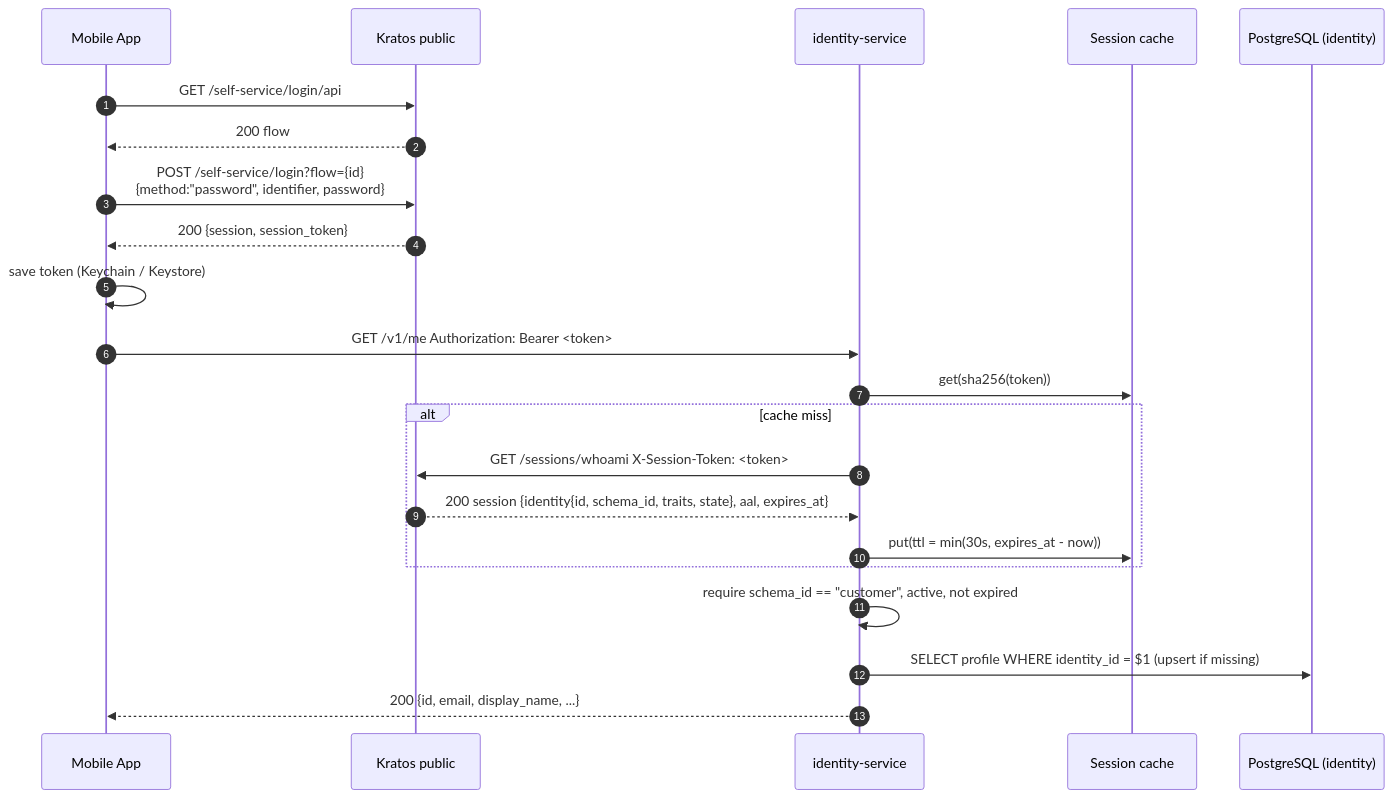
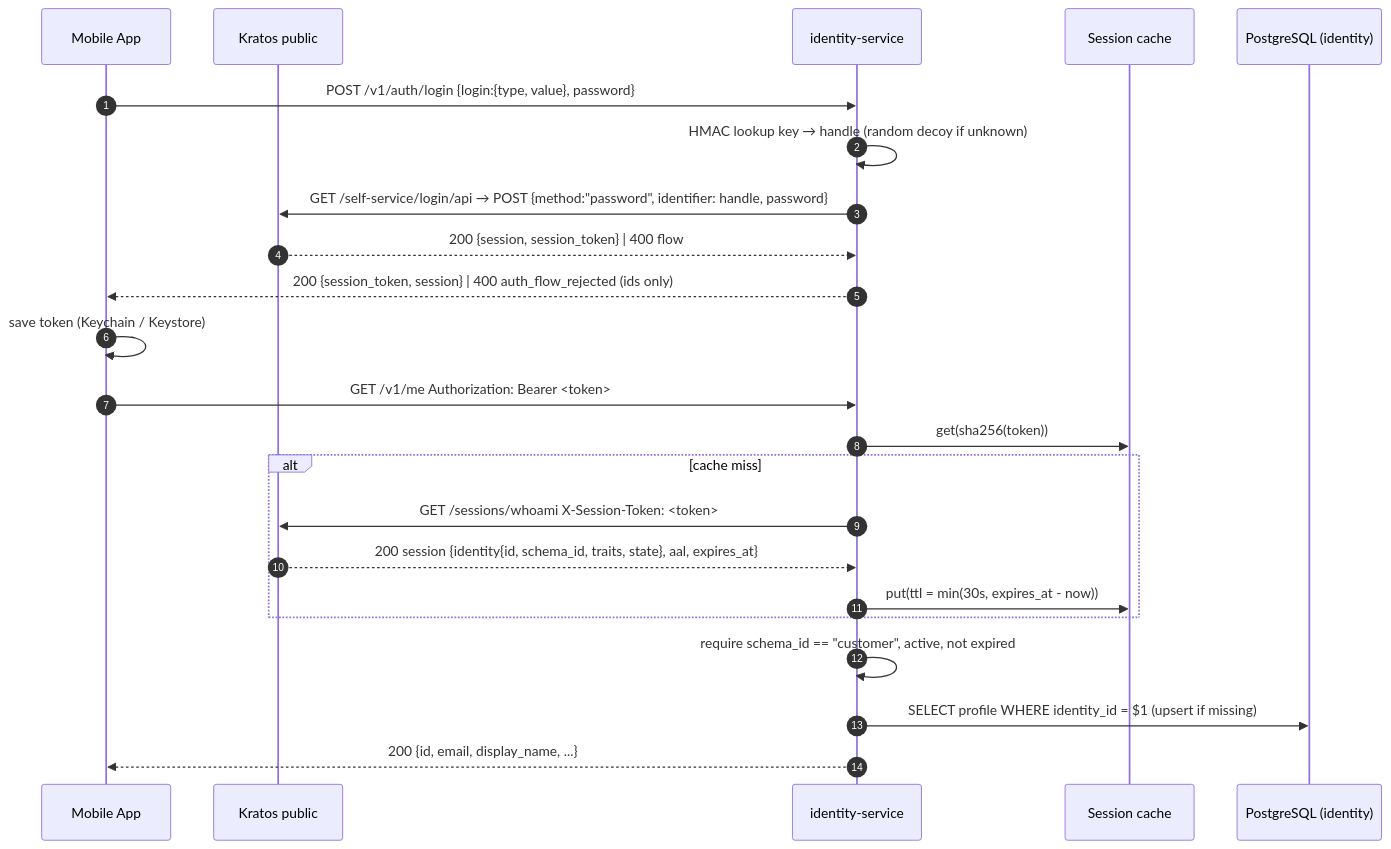
One commit to doitsu2014/go-ory-auth-example changed the second of 6 diagrams in docs/architecture/03-auth-flows.md. Above: the diagram before and after it, drawn with Mermaid. The commit also changed other lines of this file and 220 other files, not shown here.

First line of the commit message:
Customer login through identity-service with opaque Kratos handles (ADR-0013, ADR-0014) (#2)

````diff
--- a/docs/architecture/03-auth-flows.md
+++ b/docs/architecture/03-auth-flows.md
@@ -68,26 +88,27 @@
 ```mermaid
 sequenceDiagram
   autonumber
   participant A as Mobile App
   participant K as Kratos public
   participant S as identity-service
   participant C as Session cache
   participant DB as PostgreSQL (identity)
 
-  A->>K: GET /self-service/login/api
-  K-->>A: 200 flow
-  A->>K: POST /self-service/login?flow={id}<br/>{method:"password", identifier, password}
-  K-->>A: 200 {session, session_token}
+  A->>S: POST /v1/auth/login {login:{type, value}, password}
+  S->>S: HMAC lookup key → handle (random decoy if unknown)
+  S->>K: GET /self-service/login/api → POST {method:"password", identifier: handle, password}
+  K-->>S: 200 {session, session_token} | 400 flow
+  S-->>A: 200 {session_token, session} | 400 auth_flow_rejected (ids only)
   A->>A: save token (Keychain / Keystore)
 
   A->>S: GET /v1/me  Authorization: Bearer <token>
   S->>C: get(sha256(token))
   alt cache miss
     S->>K: GET /sessions/whoami  X-Session-Token: <token>
     K-->>S: 200 session {identity{id, schema_id, traits, state}, aal, expires_at}
     S->>C: put(ttl = min(30s, expires_at - now))
   end
   S->>S: require schema_id == "customer", active, not expired
   S->>DB: SELECT profile WHERE identity_id = $1 (upsert if missing)
   S-->>A: 200 {id, email, display_name, ...}
 ```
````
